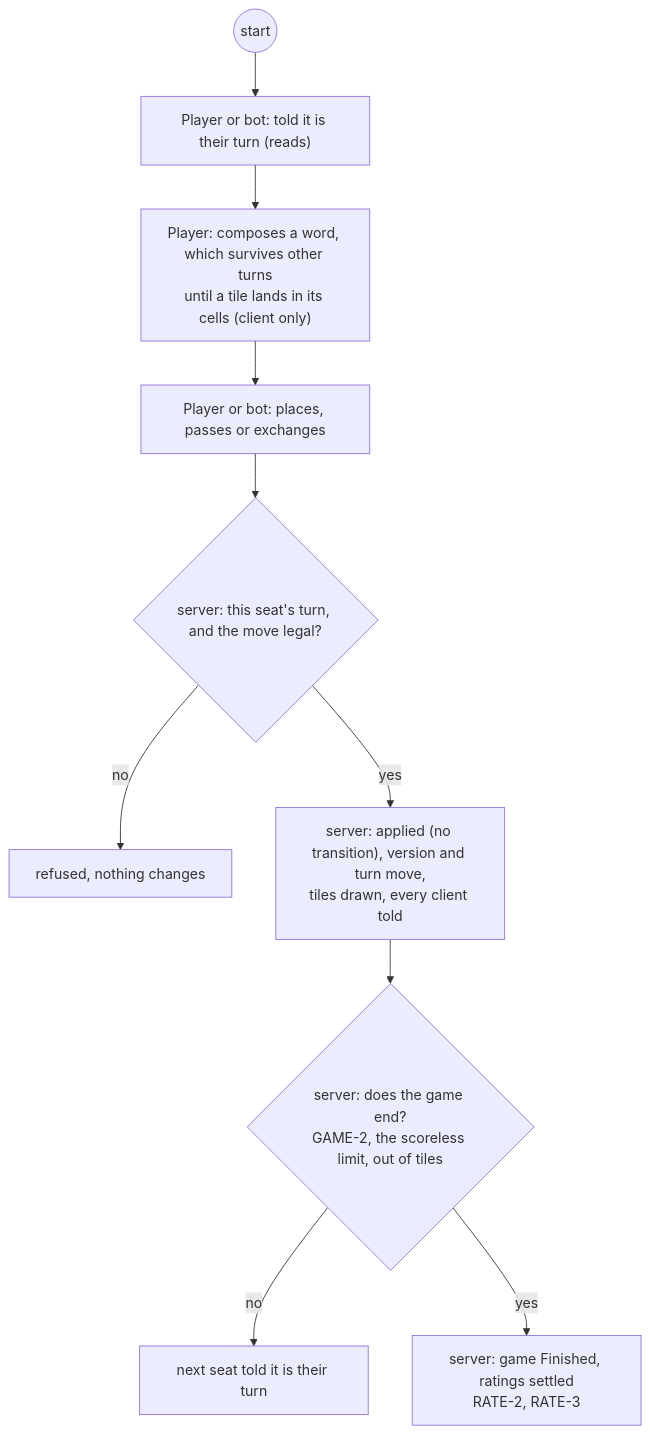
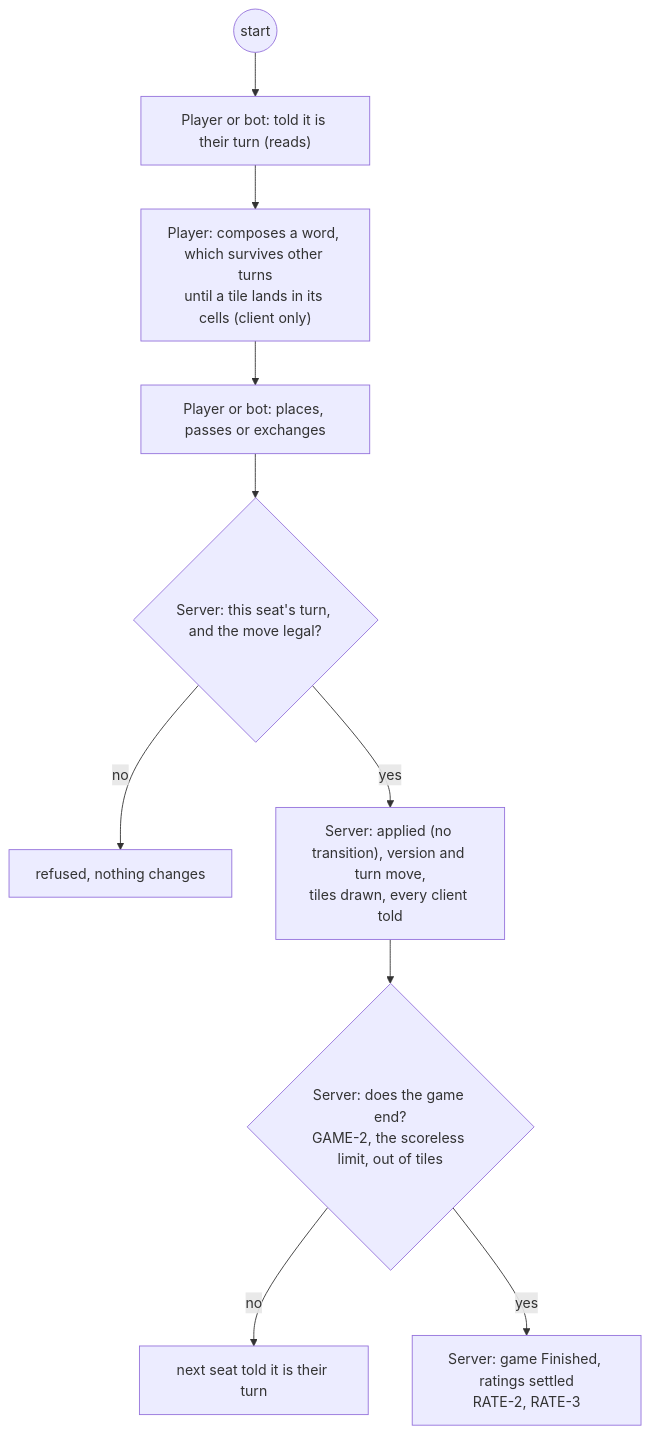
Diagram 15 of 29 in docs/changes/workstreams/application-game-architecture/71-one-game-model/71-functional.md (delphside/programme), drawn with Mermaid before and after one commit. The commit also changed other lines of this file, not shown here.

First line of the commit message:
app 0.9.2 api 2.16: 71: questions get headings Q1 to Q15; Server capitalised as an actor

````diff
--- a/docs/changes/workstreams/application-game-architecture/71-one-game-model/71-functional.md
+++ b/docs/changes/workstreams/application-game-architecture/71-one-game-model/71-functional.md
@@ -300,12 +301,12 @@
 ```mermaid
 flowchart TD
   s0((start)) --> p1["Player or bot: told it is their turn (reads)"]
   p1 --> p2["Player: composes a word, which survives other turns<br/>until a tile lands in its cells (client only)"]
   p2 --> p3["Player or bot: places, passes or exchanges"]
-  p3 --> v1{"server: this seat's turn, and the move legal?"}
+  p3 --> v1{"Server: this seat's turn, and the move legal?"}
   v1 -- no --> r1["refused, nothing changes"]
-  v1 -- yes --> t1["server: applied (no transition), version and turn move,<br/>tiles drawn, every client told"]
-  t1 --> v2{"server: does the game end?<br/>GAME-2, the scoreless limit, out of tiles"}
+  v1 -- yes --> t1["Server: applied (no transition), version and turn move,<br/>tiles drawn, every client told"]
+  t1 --> v2{"Server: does the game end?<br/>GAME-2, the scoreless limit, out of tiles"}
   v2 -- no --> p4["next seat told it is their turn"]
-  v2 -- yes --> t2["server: game Finished, ratings settled<br/>RATE-2, RATE-3"]
+  v2 -- yes --> t2["Server: game Finished, ratings settled<br/>RATE-2, RATE-3"]
 ```
````
